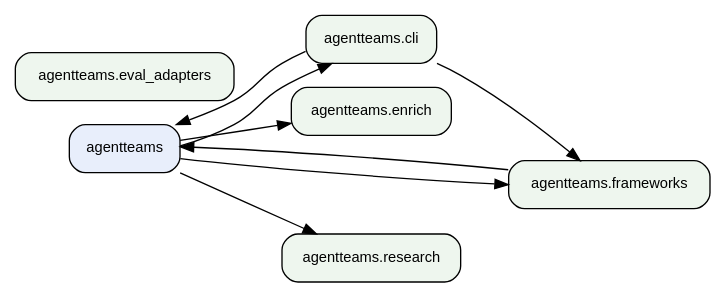
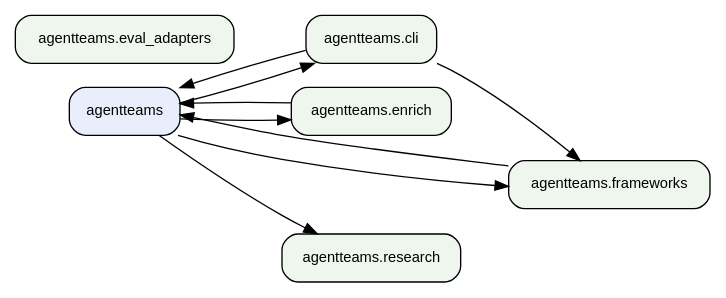
The second of 2 diagrams in references/architecture-graph.md (jlcatonjr/agentteams), drawn with Graphviz before and after one commit. The commit also changed other lines of this file and 25 other files, not shown here.

````diff
--- a/references/architecture-graph.md
+++ b/references/architecture-graph.md
@@ -186,20 +189,21 @@
 ```dot
 digraph "agentteams architecture" {
     rankdir=LR;
     node [fontname="Helvetica", fontsize=11, shape=box, style="rounded,filled", fillcolor="#eef6ee"];
     edge [fontsize=9];
     "agentteams" [fillcolor="#e8eefb"];
     "agentteams.cli" [fillcolor="#eef6ee"];
     "agentteams.enrich" [fillcolor="#eef6ee"];
     "agentteams.eval_adapters" [fillcolor="#eef6ee"];
     "agentteams.frameworks" [fillcolor="#eef6ee"];
     "agentteams.research" [fillcolor="#eef6ee"];
     "agentteams" -> "agentteams.cli";
     "agentteams" -> "agentteams.enrich";
     "agentteams" -> "agentteams.frameworks";
     "agentteams" -> "agentteams.research";
     "agentteams.cli" -> "agentteams";
     "agentteams.cli" -> "agentteams.frameworks";
+    "agentteams.enrich" -> "agentteams";
     "agentteams.frameworks" -> "agentteams";
 }
 ```
````
